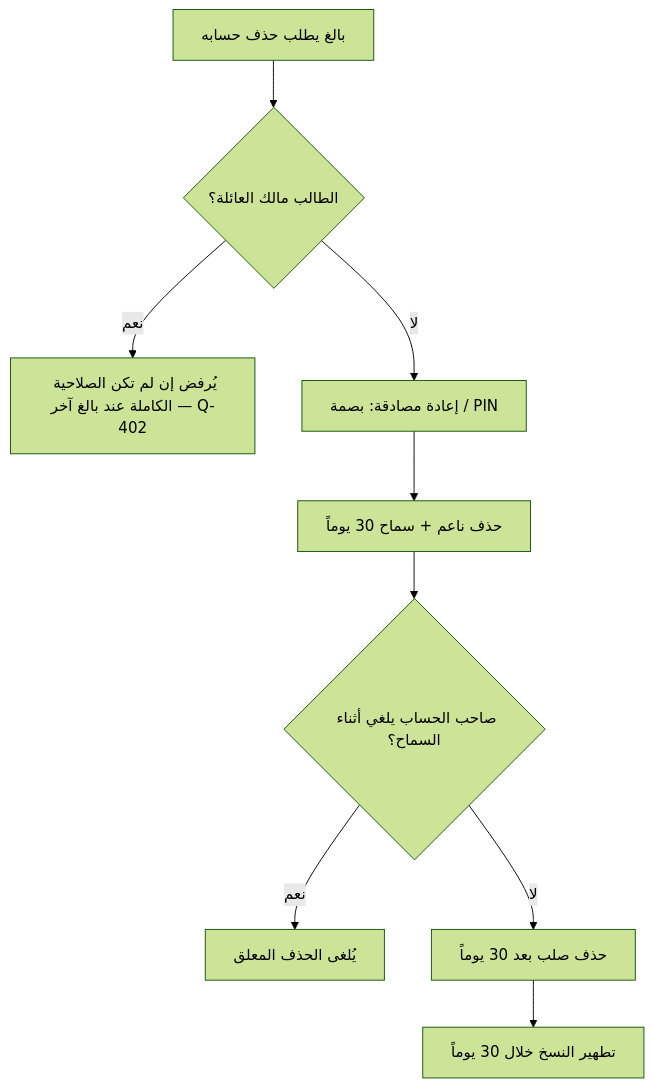
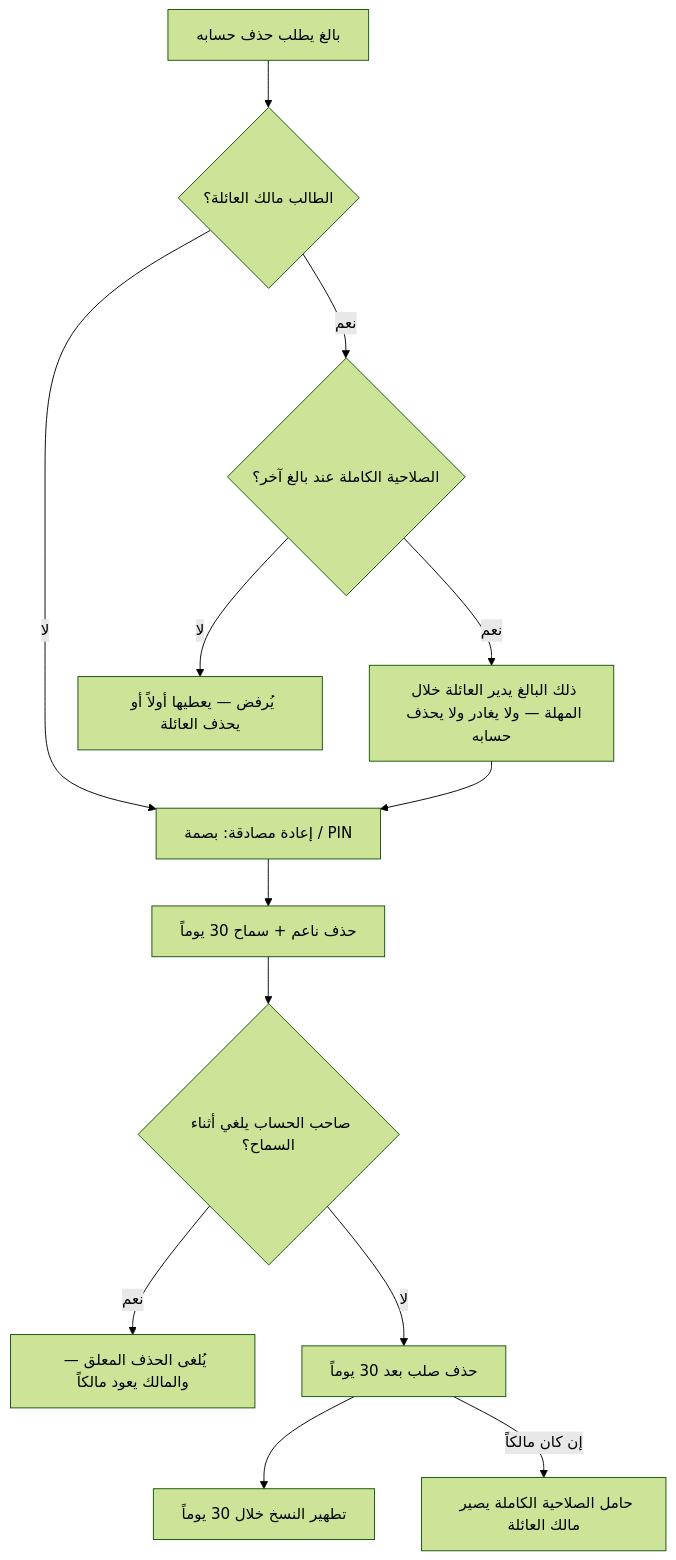
Before and after one commit to Bassam-mohammed-alqaeadi/family-os-v2: the fourth of 5 diagrams in docs/family-os/governance/phases/phase-1/S1-02-identity-and-onboarding/SPEC.md, drawn with Mermaid (forest theme). The commit also changed other lines of this file and 13 other files, not shown here.

````diff
--- a/docs/family-os/governance/phases/phase-1/S1-02-identity-and-onboarding/SPEC.md
+++ b/docs/family-os/governance/phases/phase-1/S1-02-identity-and-onboarding/SPEC.md
@@ -229,11 +236,15 @@
 ```mermaid
 flowchart TD
     Req[بالغ يطلب حذف حسابه] --> Own{الطالب مالك العائلة؟}
-    Own -->|نعم| Deny[يُرفض إن لم تكن الصلاحية الكاملة عند بالغ آخر — Q-402]
     Own -->|لا| Auth[إعادة مصادقة: بصمة / PIN]
+    Own -->|نعم| FA{الصلاحية الكاملة عند بالغ آخر؟}
+    FA -->|لا| Deny[يُرفض — يعطيها أولاً أو يحذف العائلة]
+    FA -->|نعم| Hand[ذلك البالغ يدير العائلة خلال المهلة — ولا يغادر ولا يحذف حسابه]
+    Hand --> Auth
     Auth --> Soft[حذف ناعم + سماح 30 يوماً]
     Soft --> Undo{صاحب الحساب يلغي أثناء السماح؟}
-    Undo -->|نعم| Cancel[يُلغى الحذف المعلق]
+    Undo -->|نعم| Cancel[يُلغى الحذف المعلق — والمالك يعود مالكاً]
     Undo -->|لا| Hard[حذف صلب بعد 30 يوماً]
     Hard --> Purge[تطهير النسخ خلال 30 يوماً]
+    Hard -->|إن كان مالكاً| NewOwner[حامل الصلاحية الكاملة يصير مالك العائلة]
 ```
````
